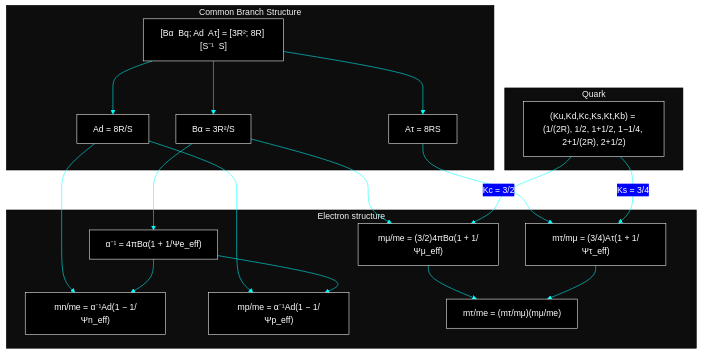
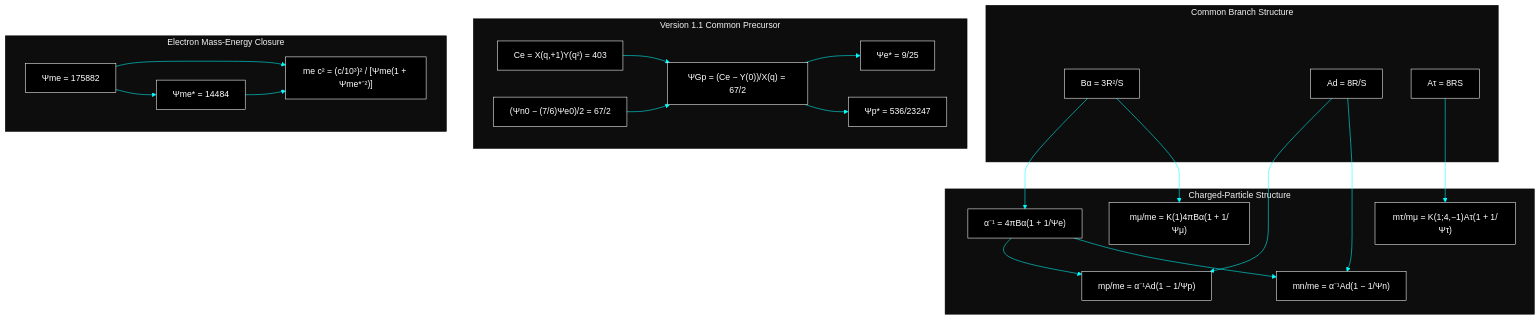
The third of 8 diagrams in README.md (yasuotanakaresearch/zero-parameter-structure), drawn with Mermaid before and after one commit. The commit also changed other lines of this file and 5 other files, not shown here.

Commit message:
feat(paper2): update electron sector to v1.1 structure - derive Psi_Gp internally from Ce - add electron-neutron reconstruction closure - update Psi_e*, Psi_p*, Psi_me, and Psi_me* formulas - remove alpha-running code from Paper 2

````diff
--- a/README.md
+++ b/README.md
@@ -790,47 +941,57 @@
 ```mermaid
 ---
 config:
   theme: 'base'
   themeVariables:
     primaryColor: '#000000'
     primaryTextColor: '#ffffff'
     primaryBorderColor: '#ffffff'
     secondaryColor: '#0000ff'
     lineColor: '#00ffff'
 ---
 flowchart TB
     subgraph CommonBranch["Common Branch Structure"]
-        branch_matrix["[Bα  Bq; Ad  Aτ] = [3R²; 8R] [S⁻¹  S]"]
         Balpha["Bα = 3R²/S"]
         Ad["Ad = 8R/S"]
         Atau["Aτ = 8RS"]
     end
 
-    subgraph Electron["Electron structure"]
-        alpha["α⁻¹ = 4πBα(1 + 1/Ψe_eff)"]
-        mn_me["mn/me = α⁻¹Ad(1 − 1/Ψn_eff)"]
-        mp_me["mp/me = α⁻¹Ad(1 − 1/Ψp_eff)"]
-        mmu_me["mμ/me = (3/2)4πBα(1 + 1/Ψμ_eff)"]
-        mtau_mmu["mτ/mμ = (3/4)Aτ(1 + 1/Ψτ_eff)"]
-        mtau_me["mτ/me = (mτ/mμ)(mμ/me)"]
+    subgraph Precursor["Version 1.1 Common Precursor"]
+        Ce["Ce = X(q,+1)Y(q²) = 403"]
+        Gp["ΨGp = (Ce − Y(0))/X(q) = 67/2"]
+        Estar["Ψe* = 9/25"]
+        Pstar["Ψp* = 536/23247"]
+        EN["(Ψn0 − (7/6)Ψe0)/2 = 67/2"]
     end
 
-    subgraph Quark["Quark"]
-        Kq["(Ku,Kd,Kc,Ks,Kt,Kb) = (1/(2R), 1/2, 1+1/2, 1−1/4, 2+1/(2R), 2+1/2)"]
+    subgraph Charged["Charged-Particle Structure"]
+        alpha["α⁻¹ = 4πBα(1 + 1/Ψe)"]
+        mp_me["mp/me = α⁻¹Ad(1 − 1/Ψp)"]
+        mn_me["mn/me = α⁻¹Ad(1 − 1/Ψn)"]
+        mmu_me["mμ/me = K(1)4πBα(1 + 1/Ψμ)"]
+        mtau_mmu["mτ/mμ = K(1;4,−1)Aτ(1 + 1/Ψτ)"]
     end
 
-    branch_matrix --> Balpha
-    branch_matrix --> Ad
-    branch_matrix --> Atau
+    subgraph ElectronMass["Electron Mass-Energy Closure"]
+        Pme["Ψme = 175882"]
+        Pmestar["Ψme* = 14484"]
+        Ee["me c² = (c/10³)² / [Ψme(1 + Ψme*⁻²)]"]
+    end
+
+    Ce --> Gp
+    Gp --> Estar
+    Gp --> Pstar
+    EN --> Gp
+
     Balpha --> alpha
+    Ad --> mp_me
+    Ad --> mn_me
+    Atau --> mtau_mmu
+    alpha --> mp_me
+    alpha --> mn_me
     Balpha --> mmu_me
-    Ad --> mn_me
-    Ad --> mp_me
-    Atau --> mtau_mmu
-    alpha --> mn_me
-    alpha --> mp_me
-    mmu_me --> mtau_me
-    mtau_mmu --> mtau_me
-    Kq --> |"Kc = 3/2"| mmu_me
-    Kq --> |"Ks = 3/4"| mtau_mmu
+
+    Pme --> Pmestar
+    Pme --> Ee
+    Pmestar --> Ee
 ```
````
